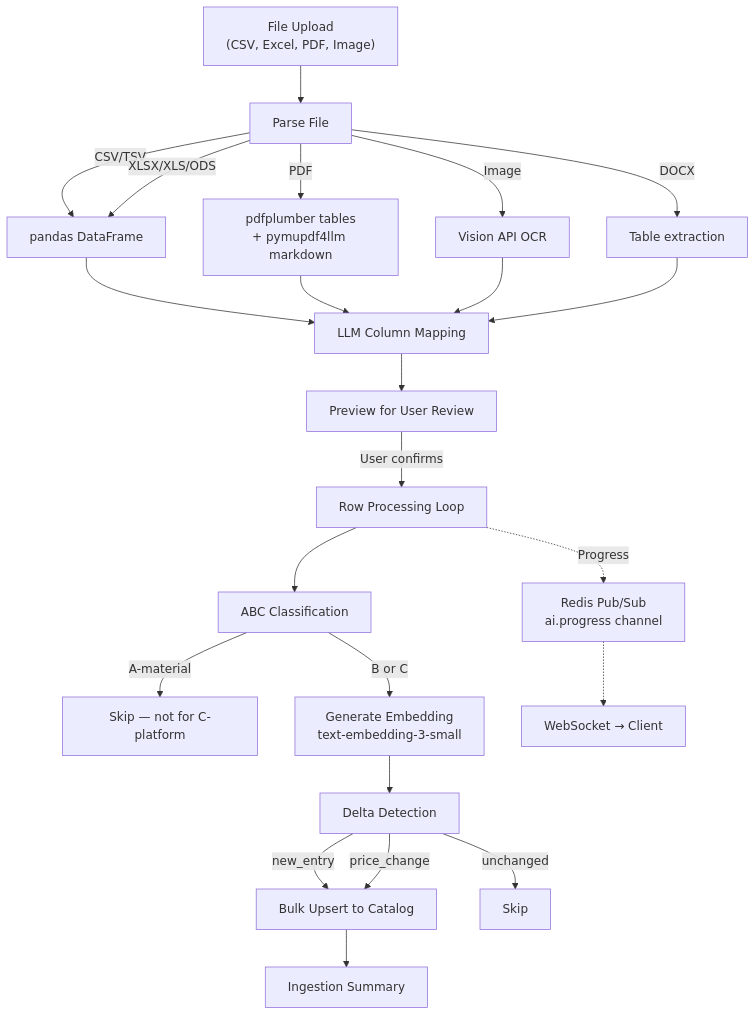
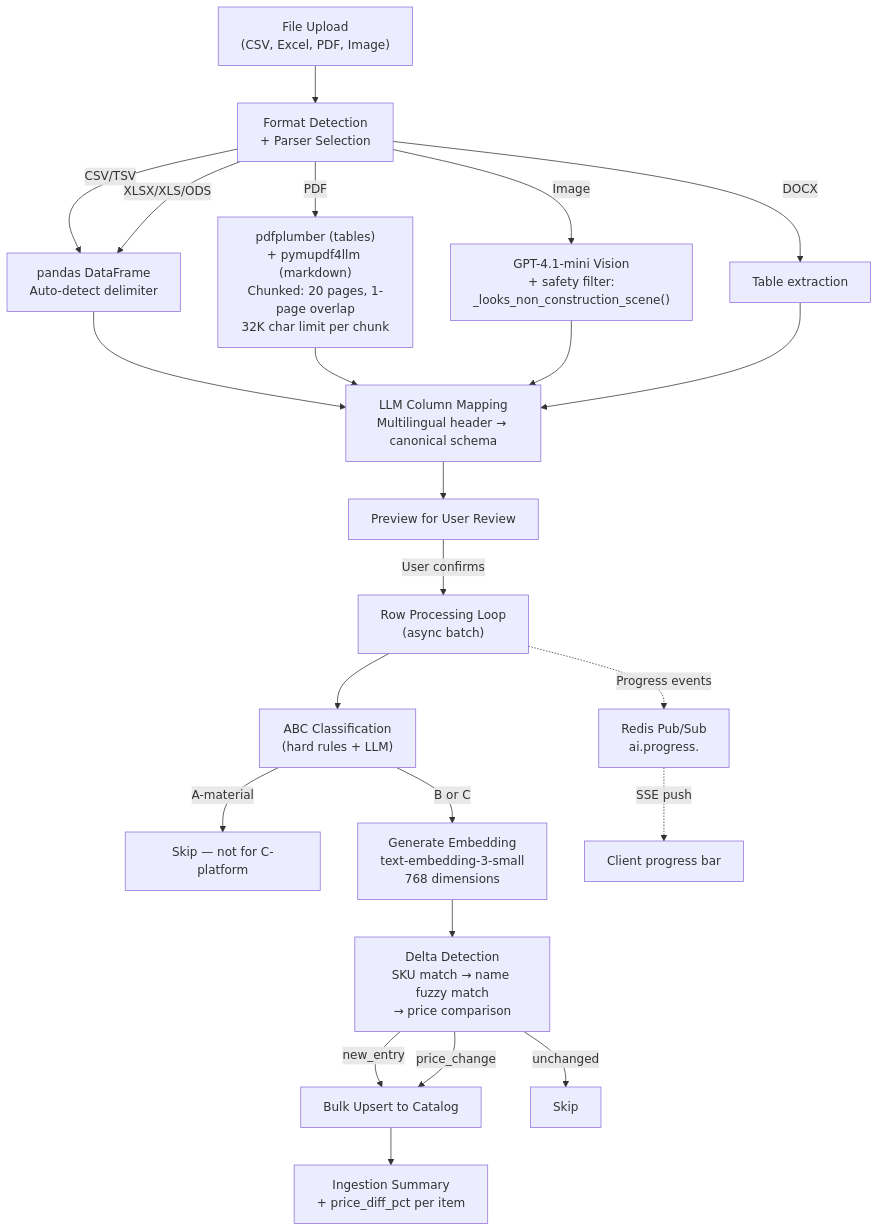
Before and after one commit to BlackSamuron0305/Comstruct-Challenge-Think-Codex-Hackathon: the third of 13 diagrams in docs/ai-workflows.md, drawn with Mermaid. The commit also changed other lines of this file, not shown here.

````diff
--- a/docs/ai-workflows.md
+++ b/docs/ai-workflows.md
@@ -83,34 +91,34 @@
 ```mermaid
 flowchart TD
     UPLOAD["File Upload<br/>(CSV, Excel, PDF, Image)"]
-    PARSE[Parse File]
+    PARSE["Format Detection<br/>+ Parser Selection"]
     UPLOAD --> PARSE
 
-    PARSE -->|CSV/TSV| PANDAS[pandas DataFrame]
+    PARSE -->|CSV/TSV| PANDAS["pandas DataFrame<br/>Auto-detect delimiter"]
     PARSE -->|XLSX/XLS/ODS| PANDAS
-    PARSE -->|PDF| PDFPLUMBER[pdfplumber tables<br/>+ pymupdf4llm markdown]
-    PARSE -->|Image| VISION[Vision API OCR]
+    PARSE -->|PDF| PDFPLUMBER["pdfplumber (tables)<br/>+ pymupdf4llm (markdown)<br/>Chunked: 20 pages, 1-page overlap<br/>32K char limit per chunk"]
+    PARSE -->|Image| VISION["GPT-4.1-mini Vision<br/>+ safety filter:<br/>_looks_non_construction_scene()"]
     PARSE -->|DOCX| DOCX_PARSE[Table extraction]
 
-    PANDAS --> COLMAP[LLM Column Mapping]
+    PANDAS --> COLMAP["LLM Column Mapping<br/>Multilingual header → canonical schema"]
     PDFPLUMBER --> COLMAP
     VISION --> COLMAP
     DOCX_PARSE --> COLMAP
 
     COLMAP --> PREVIEW[Preview for User Review]
-    PREVIEW -->|User confirms| PROCESS[Row Processing Loop]
+    PREVIEW -->|User confirms| PROCESS["Row Processing Loop<br/>(async batch)"]
 
-    PROCESS --> CLASSIFY[ABC Classification]
+    PROCESS --> CLASSIFY["ABC Classification<br/>(hard rules + LLM)"]
     CLASSIFY -->|A-material| SKIP[Skip — not for C-platform]
-    CLASSIFY -->|B or C| EMBED[Generate Embedding<br/>text-embedding-3-small]
+    CLASSIFY -->|B or C| EMBED["Generate Embedding<br/>text-embedding-3-small<br/>768 dimensions"]
 
-    EMBED --> DELTA[Delta Detection]
+    EMBED --> DELTA["Delta Detection<br/>SKU match → name fuzzy match<br/>→ price comparison"]
     DELTA -->|new_entry| UPSERT[Bulk Upsert to Catalog]
     DELTA -->|price_change| UPSERT
     DELTA -->|unchanged| SKIP2[Skip]
 
-    UPSERT --> DONE[Ingestion Summary]
+    UPSERT --> DONE["Ingestion Summary<br/>+ price_diff_pct per item"]
 
-    PROCESS -.->|Progress| REDIS[Redis Pub/Sub<br/>ai.progress channel]
-    REDIS -.-> WS[WebSocket → Client]
+    PROCESS -.->|"Progress events"| REDIS["Redis Pub/Sub<br/>ai.progress.<job_id>"]
+    REDIS -.->|"SSE push"| WS["Client progress bar"]
 ```
````
